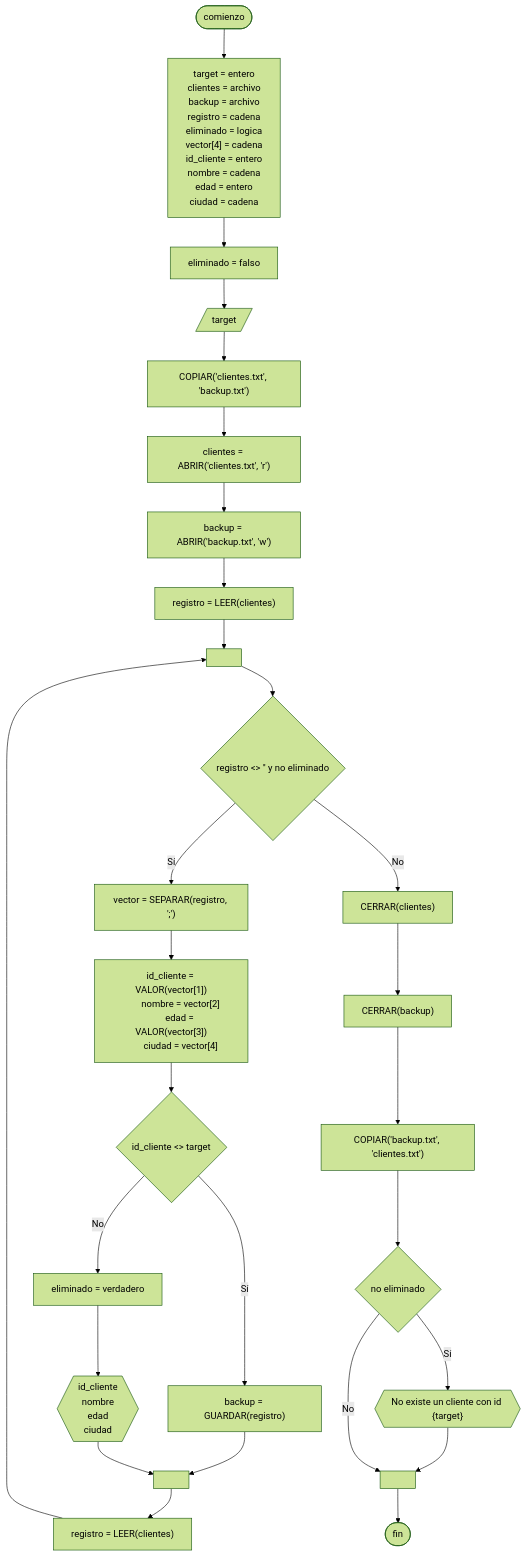
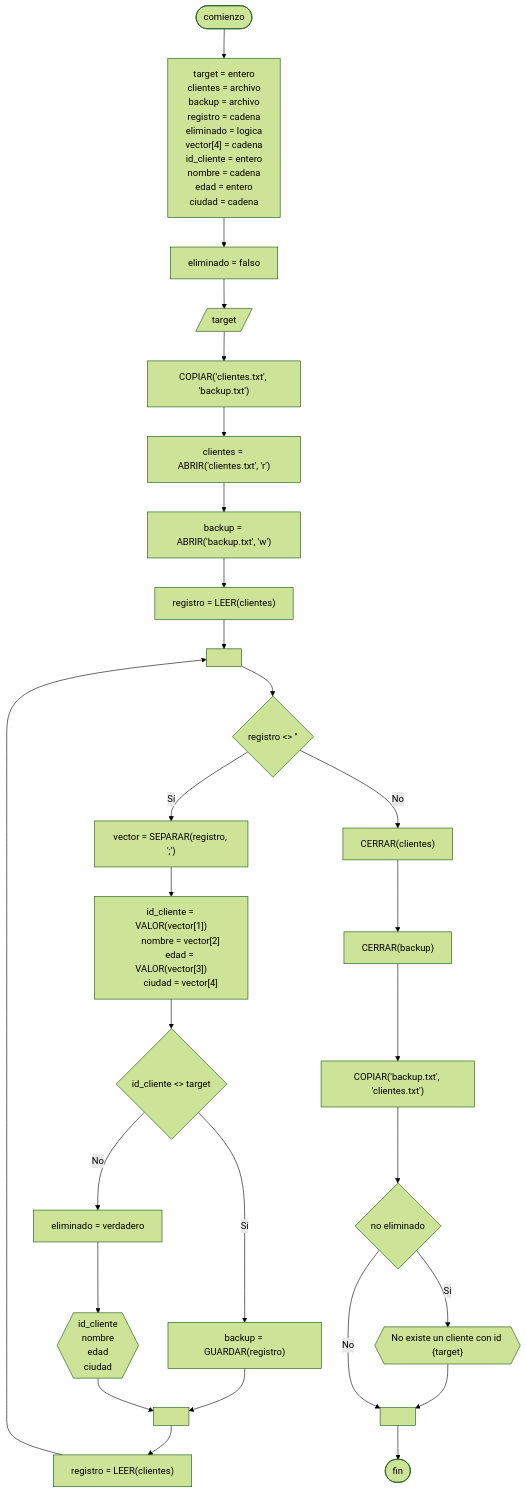
The diagram in Algoritmos y Estructuras de Datos/Actividades/20241102 - Eliminar cliente.md (martinstanicio/ingenieria-en-sistemas), drawn with Mermaid (forest theme) before and after one commit. The commit also changed other lines of this file, not shown here.

Commit message:
vault backup: 2024-11-05 10:48:13

````diff
--- a/Algoritmos y Estructuras de Datos/Actividades/20241102 - Eliminar cliente.md
+++ b/Algoritmos y Estructuras de Datos/Actividades/20241102 - Eliminar cliente.md
@@ -20,63 +20,63 @@
 ```mermaid
 flowchart TB
 	comienzo([comienzo])
     
 	declarar["`target = entero
 	clientes = archivo
 	backup = archivo
 	registro = cadena
 	eliminado = logica
 	vector[4] = cadena
 	id_cliente = entero
 	nombre = cadena
 	edad = entero
 	ciudad = cadena`"]
 	inicializar["eliminado = falso"]
 	
 	target[/"target"/]
 	copiar1["COPIAR('clientes.txt', 'backup.txt')"]
 	
 	clientes_abrir["clientes = ABRIR('clientes.txt', 'r')"]
 	backup_abrir["backup = ABRIR('backup.txt', 'w')"]
 	registro1["registro = LEER(clientes)"]
 	
-	while{"registro <> '' y no eliminado"}
+	while{"registro <> ''"}
 	vector["vector = SEPARAR(registro, ';')"]
 	campos["`id_cliente = VALOR(vector[1])
 	nombre = vector[2]
 	edad = VALOR(vector[3])
 	ciudad = vector[4]`"]
 	
 	if1{"id_cliente <> target"}
 	if1_yes["backup = GUARDAR(registro)"]
 	eliminado["eliminado = verdadero"]
 	mostrar_eliminado{{"`id_cliente
 	nombre
 	edad
 	ciudad`"}}
 	
 	registro2["registro = LEER(clientes)"]
 	
 	clientes_cerrar["CERRAR(clientes)"]
 	backup_cerrar["CERRAR(backup)"]
 	
 	copiar2["COPIAR('backup.txt', 'clientes.txt')"]
 	
 	if2{"no eliminado"}
 	if2_yes{{"No existe un cliente con id {target}"}}
 	
     fin([fin])
     
     a[" "]
     b[" "]
     c[" "]
     
 	comienzo --> declarar --> inicializar --> target --> copiar1 --> clientes_abrir --> backup_abrir --> registro1 --> a --> while -- "Sí" --> vector --> campos --> if1
 	if1 -- "Sí" --> if1_yes --> b
 	if1 -- "No" --> eliminado --> mostrar_eliminado --> b
 	b --> registro2 --> a
 	while -- "No" --> clientes_cerrar --> backup_cerrar --> copiar2 --> if2
 	if2 -- "Sí" --> if2_yes --> c
 	if2 -- "No" --> c
 	c --> fin
 ```
````
